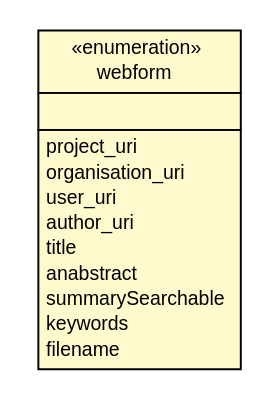
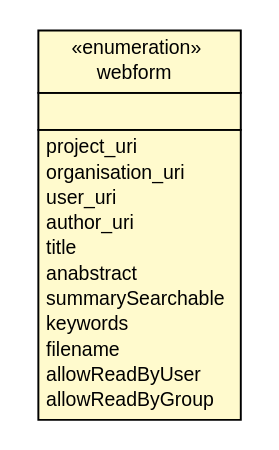
One commit to ToxBank/toxbank-api-client changed the diagram in apidocs/net/toxbank/client/resource/ProtocolClient.webform.dot. Above: the diagram before and after it, drawn with Graphviz. The commit also changed 151 other files, not shown here.

```diff
--- a/apidocs/net/toxbank/client/resource/ProtocolClient.webform.dot
+++ b/apidocs/net/toxbank/client/resource/ProtocolClient.webform.dot
@@ -1,31 +1,33 @@
 #!/usr/local/bin/dot
 #
 # Class diagram 
 # Generated by UmlGraph version 4.6 (http://www.spinellis.gr/sw/umlgraph)
 #
 
 digraph G {
 	edge [fontname="arial",fontsize=10,labelfontname="arial",labelfontsize=10];
 	node [fontname="arial",fontsize=10,shape=plaintext];
 	// net.toxbank.client.resource.ProtocolClient.webform
 	c272 [label=<<table border="0" cellborder="1" cellspacing="0" cellpadding="2" port="p" bgcolor="lemonChiffon" href="./ProtocolClient.webform.html">
 		<tr><td><table border="0" cellspacing="0" cellpadding="1">
 			<tr><td> &laquo;enumeration&raquo; </td></tr>
 			<tr><td> webform </td></tr>
 		</table></td></tr>
 		<tr><td><table border="0" cellspacing="0" cellpadding="1">
 			<tr><td align="left">  </td></tr>
 		</table></td></tr>
 		<tr><td><table border="0" cellspacing="0" cellpadding="1">
 			<tr><td align="left"> project_uri </td></tr>
 			<tr><td align="left"> organisation_uri </td></tr>
 			<tr><td align="left"> user_uri </td></tr>
 			<tr><td align="left"> author_uri </td></tr>
 			<tr><td align="left"> title </td></tr>
 			<tr><td align="left"> anabstract </td></tr>
 			<tr><td align="left"> summarySearchable </td></tr>
 			<tr><td align="left"> keywords </td></tr>
 			<tr><td align="left"> filename </td></tr>
+			<tr><td align="left"> allowReadByUser </td></tr>
+			<tr><td align="left"> allowReadByGroup </td></tr>
 		</table></td></tr>
 		</table>>, fontname="arial", fontcolor="black", fontsize=10.0];
 }
```
